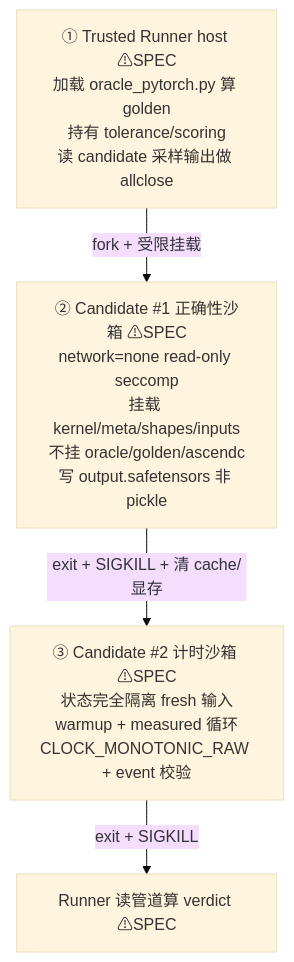
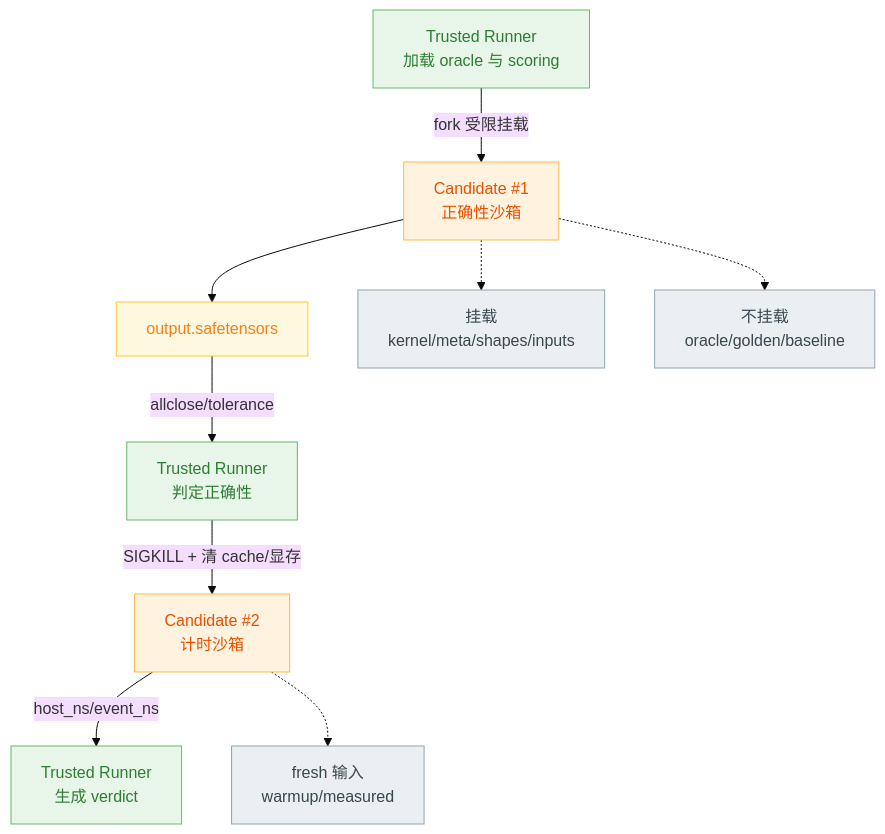
The third of 11 diagrams in docs/DESIGN.md (Gxj230958/TritonAscendBench), drawn with Mermaid (base theme) before and after one commit. The commit also changed other lines of this file and 243 other files, not shown here.

````diff
--- a/docs/DESIGN.md
+++ b/docs/DESIGN.md
@@ -185,9 +197,19 @@
 ```mermaid
 flowchart TB
-    TR["① Trusted Runner host ⚠SPEC<br/>加载 oracle_pytorch.py 算 golden<br/>持有 tolerance/scoring<br/>读 candidate 采样输出做 allclose"]
-    TR -->|"fork + 受限挂载"| C1
-    C1["② Candidate #1 正确性沙箱 ⚠SPEC<br/>network=none read-only seccomp<br/>挂载 kernel/meta/shapes/inputs<br/>不挂 oracle/golden/ascendc<br/>写 output.safetensors 非 pickle"]
-    C1 -->|"exit + SIGKILL + 清 cache/显存"| C2
-    C2["③ Candidate #2 计时沙箱 ⚠SPEC<br/>状态完全隔离 fresh 输入<br/>warmup + measured 循环<br/>CLOCK_MONOTONIC_RAW + event 校验"]
-    C2 -->|exit + SIGKILL| VR["Runner 读管道算 verdict ⚠SPEC"]
+    TR["Trusted Runner<br/>加载 oracle 与 scoring"] -->|"fork 受限挂载"| C1["Candidate #1<br/>正确性沙箱"]
+    C1 --> OUT["output.safetensors"]
+    OUT -->|"allclose/tolerance"| TR2["Trusted Runner<br/>判定正确性"]
+    TR2 -->|"SIGKILL + 清 cache/显存"| C2["Candidate #2<br/>计时沙箱"]
+    C2 -->|"host_ns/event_ns"| TR3["Trusted Runner<br/>生成 verdict"]
+    C1 -.-> C1M["挂载<br/>kernel/meta/shapes/inputs"]
+    C1 -.-> C1D["不挂载<br/>oracle/golden/baseline"]
+    C2 -.-> C2M["fresh 输入<br/>warmup/measured"]
+    classDef trust fill:#E8F5E9,stroke:#66BB6A,color:#2E7D32;
+    classDef sandbox fill:#FFF3E0,stroke:#FFB74D,color:#E65100;
+    classDef artifact fill:#FFF8E1,stroke:#FFCA28,color:#F57F17;
+    classDef note fill:#ECEFF1,stroke:#90A4AE,color:#37474F;
+    class TR,TR2,TR3 trust;
+    class C1,C2 sandbox;
+    class OUT artifact;
+    class C1M,C1D,C2M note;
 ```
````
